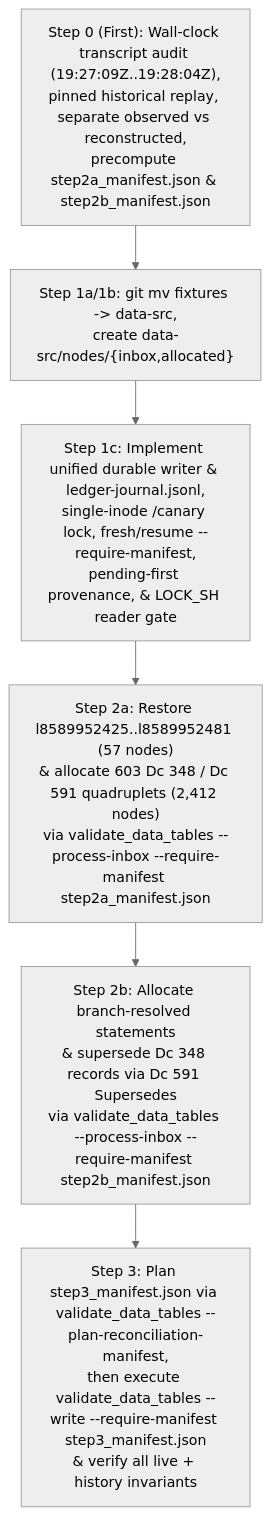
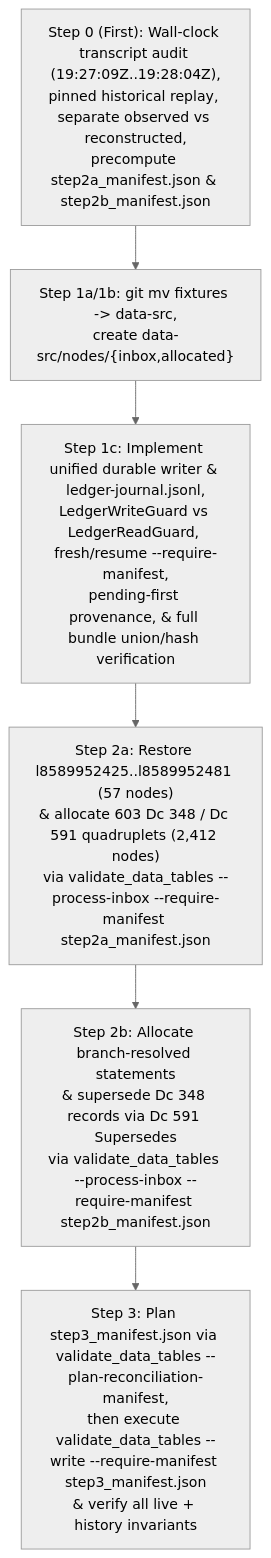
Before and after one commit to collectivetoolbox/collectivetoolbox: the diagram in docs/chats/2026-10-31-duplicate-node-recovery.md, drawn with Mermaid (neutral theme). The commit also changed other lines of this file, not shown here.

````diff
--- a/docs/chats/2026-10-31-duplicate-node-recovery.md
+++ b/docs/chats/2026-10-31-duplicate-node-recovery.md
@@ -114,8 +108,8 @@
 ```mermaid
 flowchart TD
     S0["Step 0 (First): Wall-clock transcript audit (19:27:09Z..19:28:04Z),\npinned historical replay, separate observed vs reconstructed,\nprecompute step2a_manifest.json & step2b_manifest.json"] --> S1A["Step 1a/1b: git mv fixtures -> data-src,\ncreate data-src/nodes/{inbox,allocated}"]
-    S1A --> S1C["Step 1c: Implement unified durable writer & ledger-journal.jsonl,\nsingle-inode /canary lock, fresh/resume --require-manifest,\npending-first provenance, & LOCK_SH reader gate"]
+    S1A --> S1C["Step 1c: Implement unified durable writer & ledger-journal.jsonl,\nLedgerWriteGuard vs LedgerReadGuard, fresh/resume --require-manifest,\npending-first provenance, & full bundle union/hash verification"]
     S1C --> S2A["Step 2a: Restore l8589952425..l8589952481 (57 nodes)\n& allocate 603 Dc 348 / Dc 591 quadruplets (2,412 nodes)\nvia validate_data_tables --process-inbox --require-manifest step2a_manifest.json"]
     S2A --> S2B["Step 2b: Allocate branch-resolved statements\n& supersede Dc 348 records via Dc 591 Supersedes\nvia validate_data_tables --process-inbox --require-manifest step2b_manifest.json"]
     S2B --> S3["Step 3: Plan step3_manifest.json via validate_data_tables --plan-reconciliation-manifest,\nthen execute validate_data_tables --write --require-manifest step3_manifest.json\n& verify all live + history invariants"]
 ```
````
